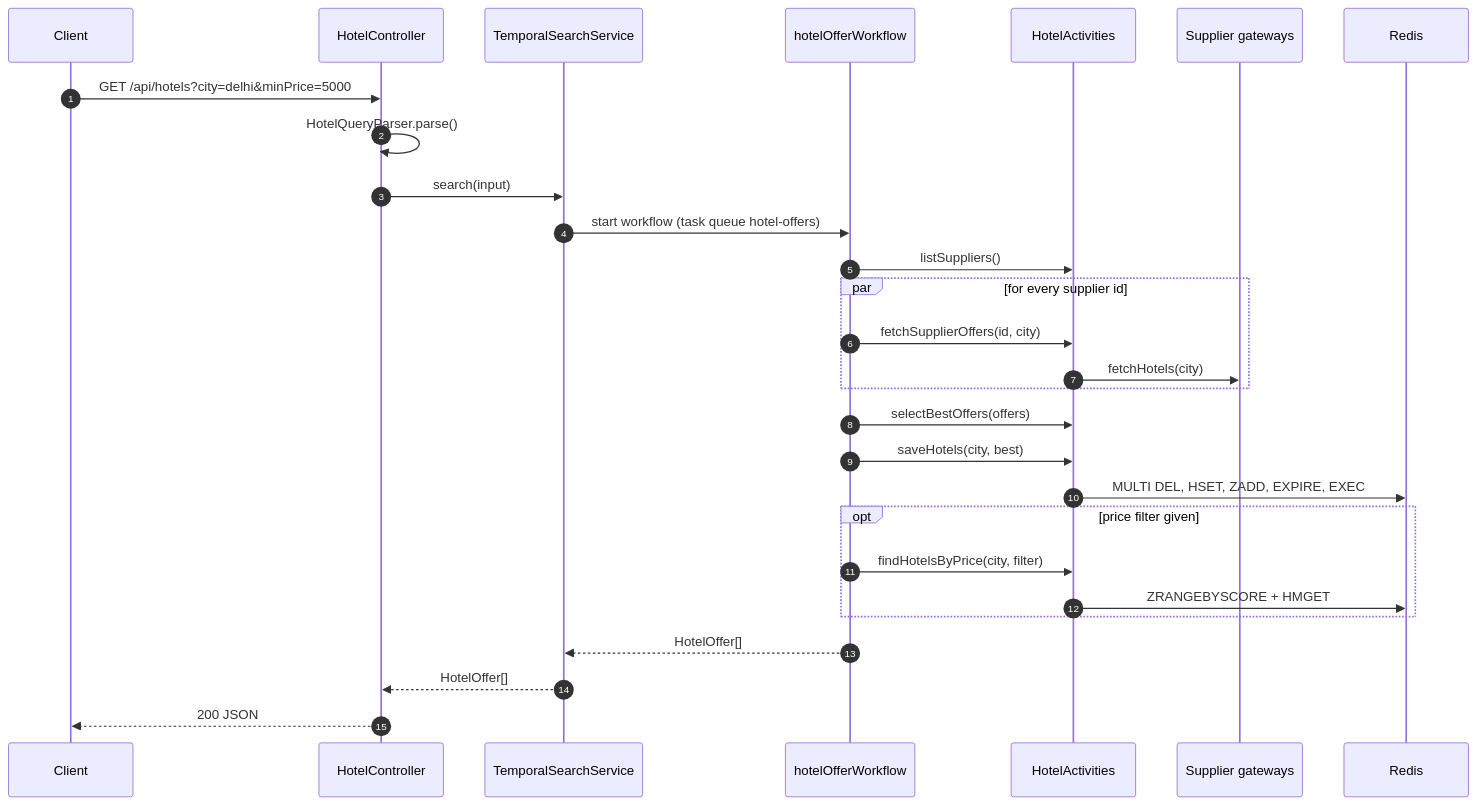
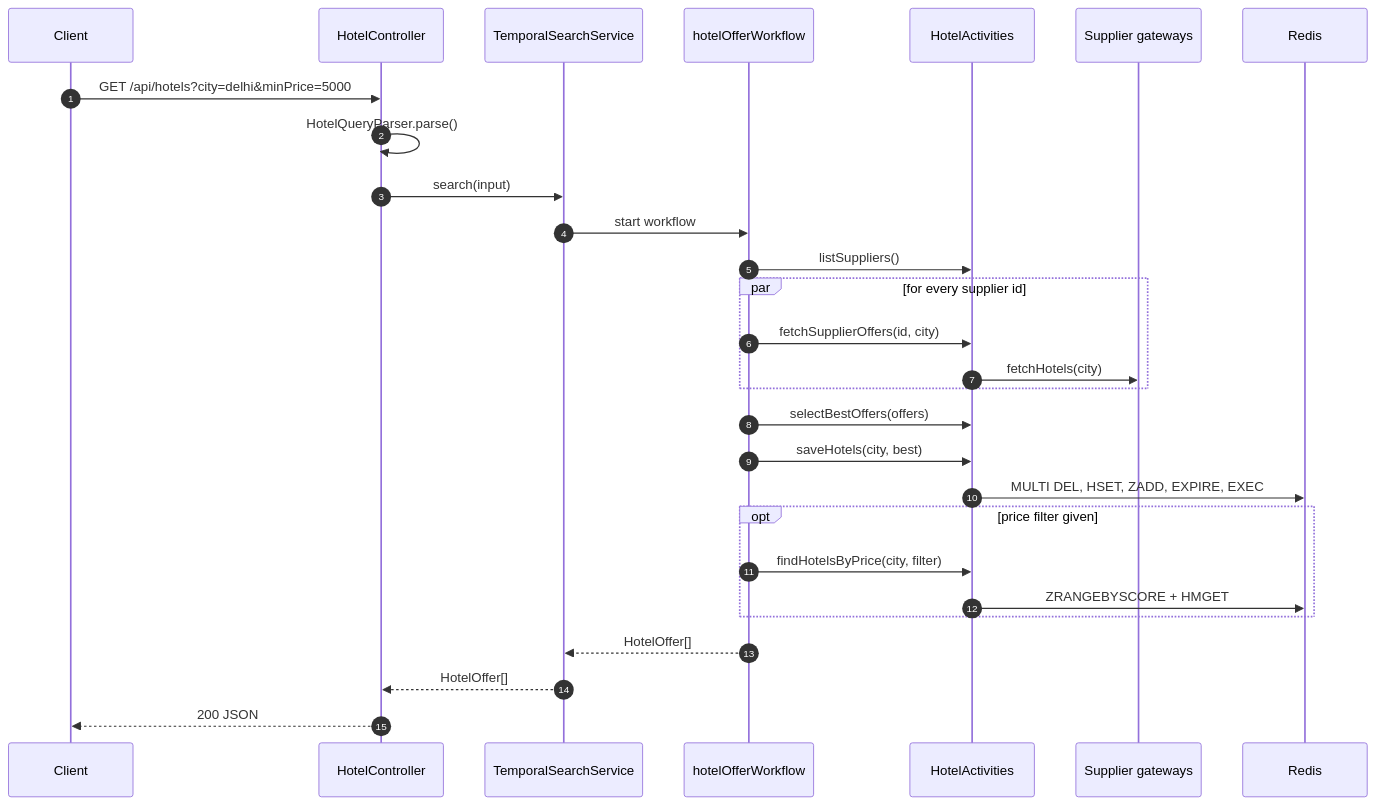
One commit to HarshDevJourney/hotel-orchestrator changed the sixth of 6 diagrams in backend/README.md. Above: the diagram before and after it, drawn with Mermaid. The commit also changed other lines of this file, not shown here.

````diff
--- a/backend/README.md
+++ b/backend/README.md
@@ -330,31 +298,31 @@
 ```mermaid
 sequenceDiagram
   autonumber
   participant C as Client
   participant HC as HotelController
   participant TS as TemporalSearchService
   participant WF as hotelOfferWorkflow
   participant AC as HotelActivities
   participant SA as Supplier gateways
   participant R as Redis
 
   C->>HC: GET /api/hotels?city=delhi&minPrice=5000
   HC->>HC: HotelQueryParser.parse()
   HC->>TS: search(input)
-  TS->>WF: start workflow (task queue hotel-offers)
+  TS->>WF: start workflow
   WF->>AC: listSuppliers()
   par for every supplier id
     WF->>AC: fetchSupplierOffers(id, city)
     AC->>SA: fetchHotels(city)
   end
   WF->>AC: selectBestOffers(offers)
   WF->>AC: saveHotels(city, best)
   AC->>R: MULTI DEL, HSET, ZADD, EXPIRE, EXEC
   opt price filter given
     WF->>AC: findHotelsByPrice(city, filter)
     AC->>R: ZRANGEBYSCORE + HMGET
   end
   WF-->>TS: HotelOffer[]
   TS-->>HC: HotelOffer[]
   HC-->>C: 200 JSON
 ```
````
